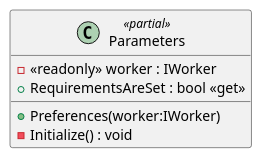
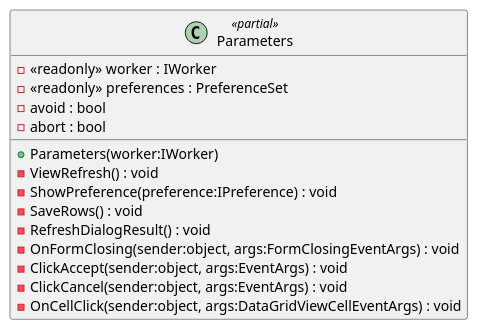
One commit to Louis9902/Sosse19-SE changed the diagram in Diagramme/Klassen/TinyTasksDashboard/Parameters.puml. Above: the diagram before and after it, drawn with PlantUML. The commit also changed 42 other files, not shown here.

Commit message:
some cleanup of the codebase and an update for the class diagrams This will resolve #6

```diff
--- a/Diagramme/Klassen/TinyTasksDashboard/Parameters.puml
+++ b/Diagramme/Klassen/TinyTasksDashboard/Parameters.puml
@@ -1,8 +1,17 @@
 @startuml
 class Parameters <<partial>> {
     - <<readonly>> worker : IWorker
-    + Preferences(worker:IWorker)
-    + RequirementsAreSet : bool <<get>>
-    - Initialize() : void
+    - <<readonly>> preferences : PreferenceSet
+    - avoid : bool
+    - abort : bool
+    + Parameters(worker:IWorker)
+    - ViewRefresh() : void
+    - ShowPreference(preference:IPreference) : void
+    - SaveRows() : void
+    - RefreshDialogResult() : void
+    - OnFormClosing(sender:object, args:FormClosingEventArgs) : void
+    - ClickAccept(sender:object, args:EventArgs) : void
+    - ClickCancel(sender:object, args:EventArgs) : void
+    - OnCellClick(sender:object, args:DataGridViewCellEventArgs) : void
 }
 @enduml
```
